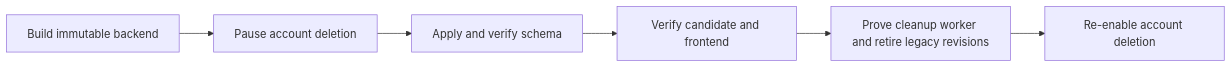
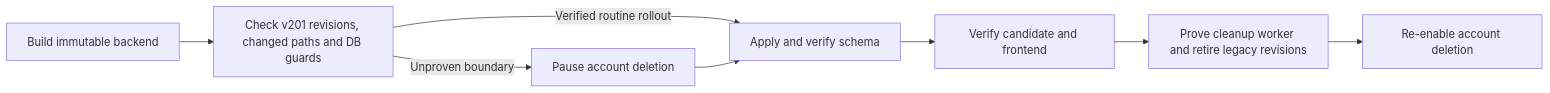
Before and after one commit to hushh-labs/hushh-research: the diagram in docs/reference/operations/account-deletion-rollout.md, drawn with Mermaid. The commit also changed other lines of this file and 6 other files, not shown here.

Commit message:
fix(deploy): preserve account deletion on routine v201 rollouts

````diff
--- a/docs/reference/operations/account-deletion-rollout.md
+++ b/docs/reference/operations/account-deletion-rollout.md
@@ -5,8 +5,10 @@
 ```mermaid
 flowchart LR
-  build[Build immutable backend] --> fence[Pause account deletion]
-  fence --> schema[Apply and verify schema]
+  build[Build immutable backend] --> qualify[Check v201 revisions, changed paths and DB guards]
+  qualify -->|Unproven boundary| fence[Pause account deletion]
+  qualify -->|Verified routine rollout| schema[Apply and verify schema]
+  fence --> schema
   schema --> candidate[Verify candidate and frontend]
   candidate --> drain[Prove cleanup worker and retire legacy revisions]
   drain --> enable[Re-enable account deletion]
 ```
````
